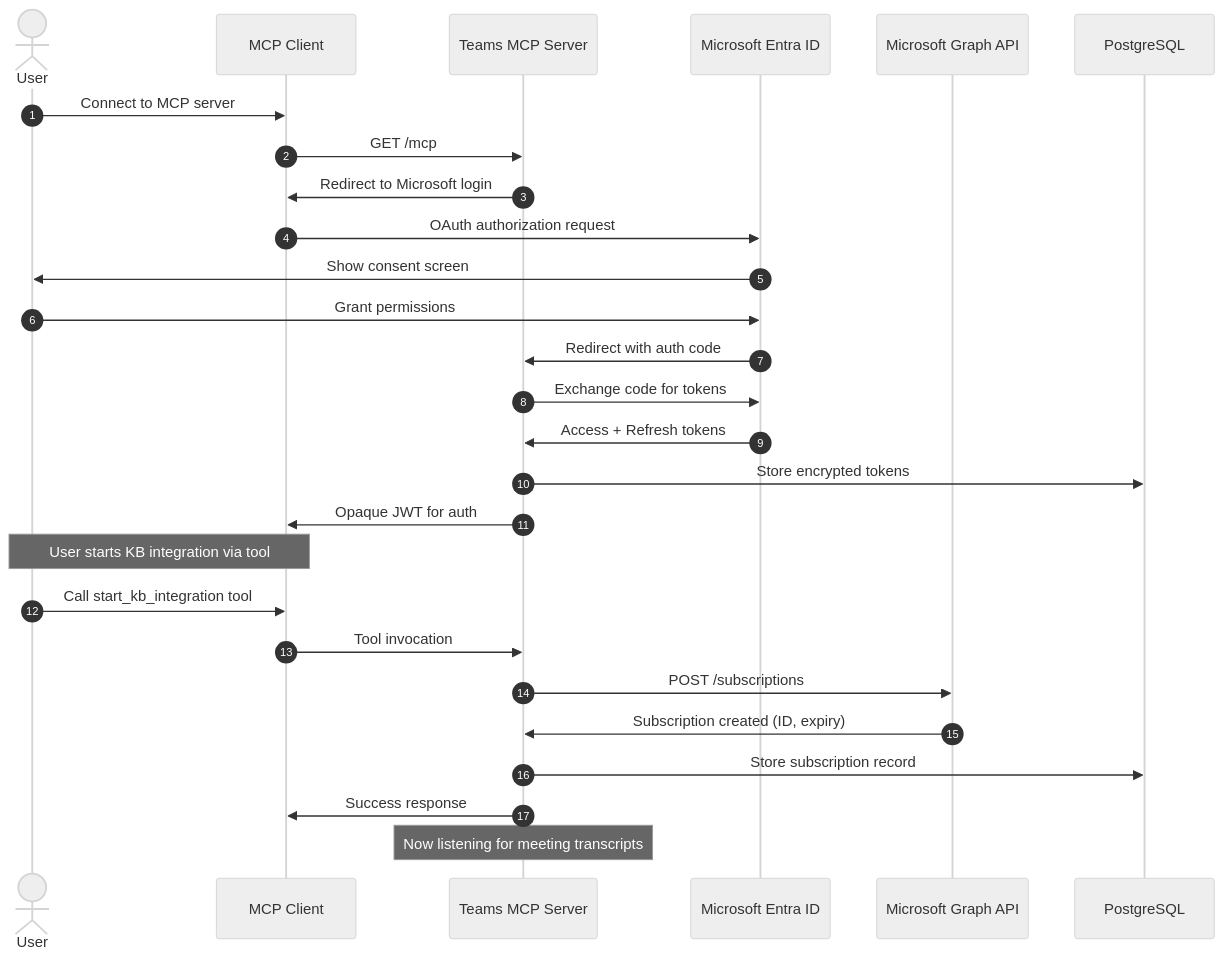
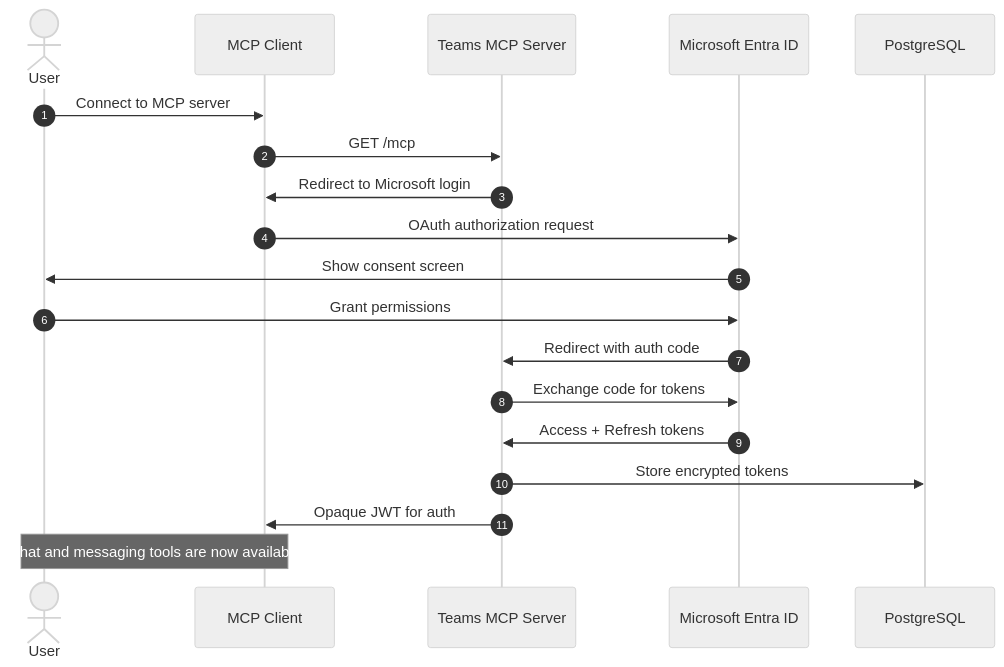
One commit to Unique-AG/connectors changed the second of 3 diagrams in services/teams-mcp/docs/README.md. Above: the diagram before and after it, drawn with Mermaid (neutral theme). The commit also changed other lines of this file and 19 other files, not shown here.

First line of the commit message:
docs(recordings-and-transcripts,teams-mcp,ci): split ingestion docs into their own section

````diff
--- a/services/teams-mcp/docs/README.md
+++ b/services/teams-mcp/docs/README.md
@@ -221,32 +162,23 @@
 ```mermaid
 sequenceDiagram
     autonumber
     actor User
     participant MCPClient as MCP Client
     participant TeamsMCP as Teams MCP Server
     participant EntraID as Microsoft Entra ID
-    participant MSGraph as Microsoft Graph API
     participant DB as PostgreSQL
 
     User->>MCPClient: Connect to MCP server
     MCPClient->>TeamsMCP: GET /mcp
     TeamsMCP->>MCPClient: Redirect to Microsoft login
     MCPClient->>EntraID: OAuth authorization request
     EntraID->>User: Show consent screen
     User->>EntraID: Grant permissions
     EntraID->>TeamsMCP: Redirect with auth code
     TeamsMCP->>EntraID: Exchange code for tokens
     EntraID->>TeamsMCP: Access + Refresh tokens
     TeamsMCP->>DB: Store encrypted tokens
     TeamsMCP->>MCPClient: Opaque JWT for auth
 
-    Note over User,MCPClient: User starts KB integration via tool
-    User->>MCPClient: Call start_kb_integration tool
-    MCPClient->>TeamsMCP: Tool invocation
-    TeamsMCP->>MSGraph: POST /subscriptions
-    MSGraph->>TeamsMCP: Subscription created (ID, expiry)
-    TeamsMCP->>DB: Store subscription record
-    TeamsMCP->>MCPClient: Success response
-
-    Note over TeamsMCP: Now listening for meeting transcripts
+    Note over User,MCPClient: Chat and messaging tools are now available
 ```
````
